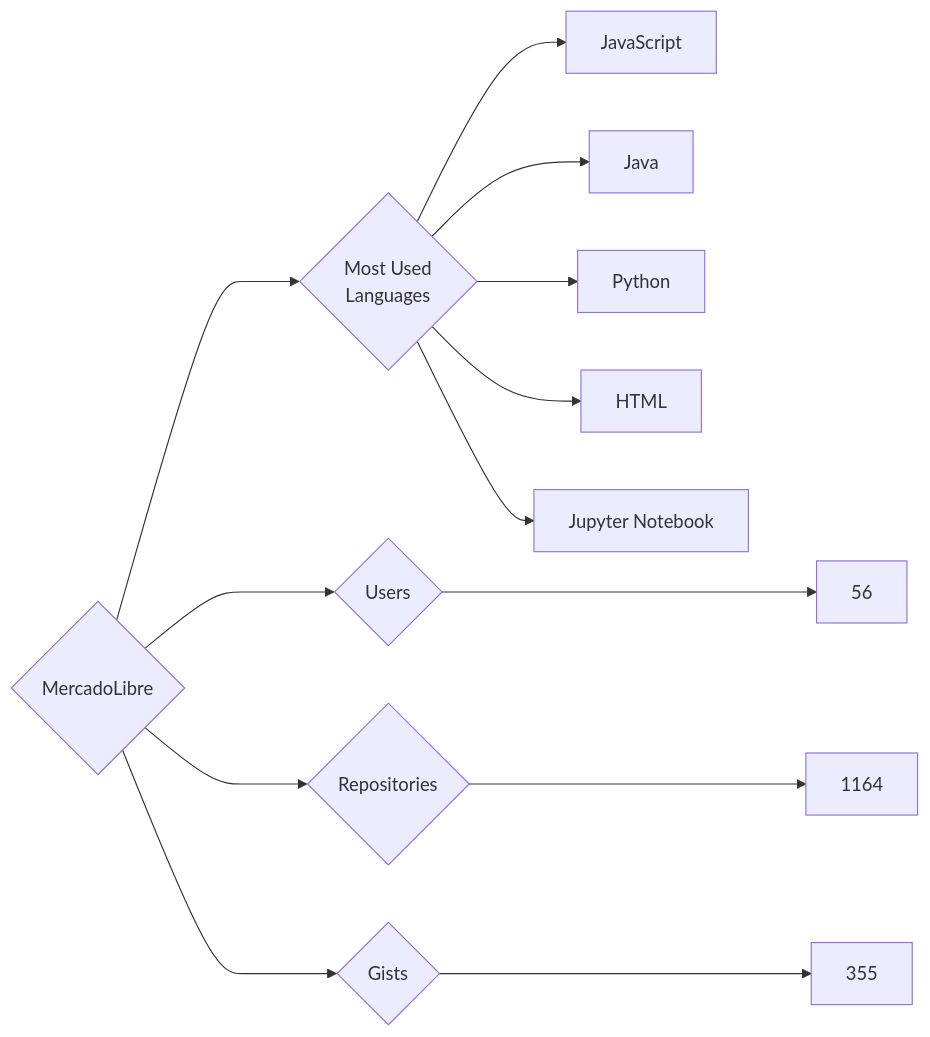
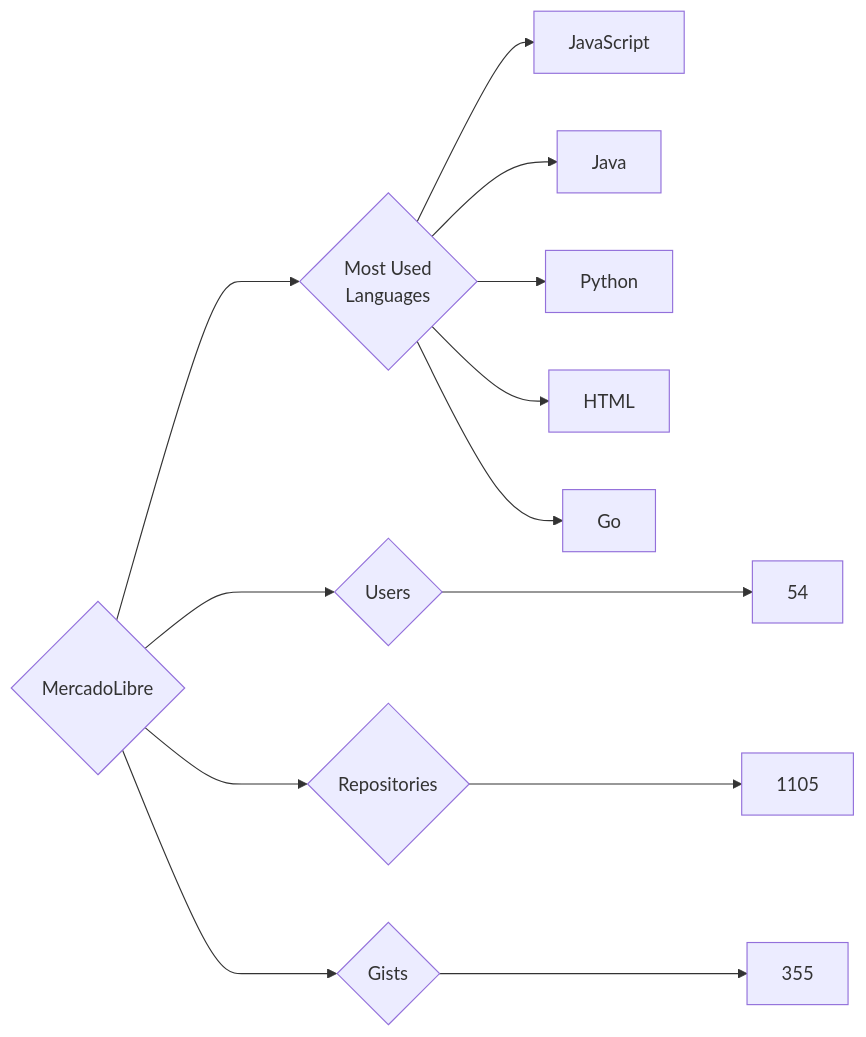
Before and after one commit to trickest/insiders: the diagram in targets/MercadoLibre/README.md, drawn with Mermaid. The commit also changed 823 other files, not shown here.

````diff
--- a/targets/MercadoLibre/README.md
+++ b/targets/MercadoLibre/README.md
@@ -3,13 +3,13 @@
 ```mermaid
 graph LR
 COMPANY_NAME{MercadoLibre}
-COMPANY_NAME ---> U{Users} ---> UN[56]
-COMPANY_NAME ---> R{Repositories} ---> RN[1164]
+COMPANY_NAME ---> U{Users} ---> UN[54]
+COMPANY_NAME ---> R{Repositories} ---> RN[1105]
 COMPANY_NAME ---> G{Gists} ---> GN[355]
 COMPANY_NAME ---> ML{Most Used<br>Languages}
 ML --> JavaScript[JavaScript]
 ML --> Java[Java]
 ML --> Python[Python]
 ML --> HTML[HTML]
-ML --> Jupyter_Notebook[Jupyter Notebook]
+ML --> Go[Go]
 ```
````
